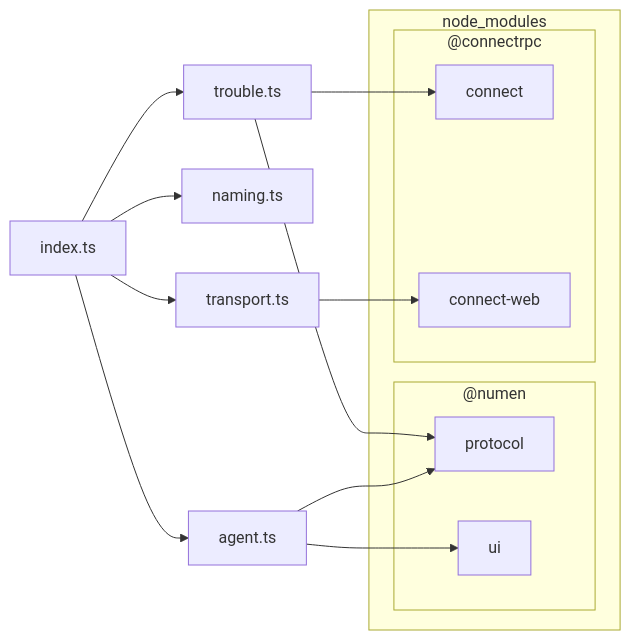
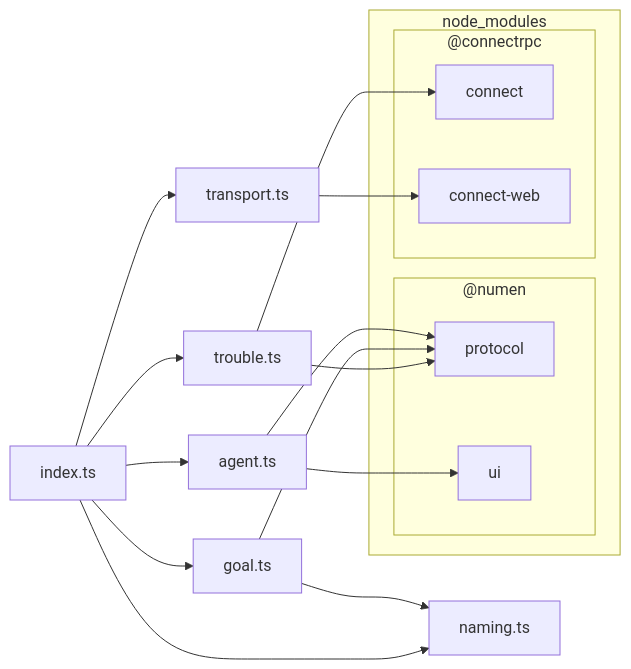
One commit to jiva-studio/numen changed the second of 5 diagrams in docs/dependencies.md. Above: the diagram before and after it, drawn with Mermaid. The commit also changed other lines of this file, not shown here.

````diff
--- a/docs/dependencies.md
+++ b/docs/dependencies.md
@@ -362,28 +363,32 @@
 ```mermaid
 flowchart LR
 
 subgraph 2["node_modules"]
 subgraph 3["@connectrpc"]
 4["connect"]
 5["connect-web"]
 end
 subgraph 6["@numen"]
 7["protocol"]
 8["ui"]
 end
 end
 9["agent.ts"]
-A["index.ts"]
-B["naming.ts"]
-C["transport.ts"]
-D["trouble.ts"]
+A["goal.ts"]
+B["index.ts"]
+C["naming.ts"]
+D["transport.ts"]
+E["trouble.ts"]
 9-->7
 9-->8
-A-->9
-A-->B
+A-->7
 A-->C
-A-->D
-C-->5
-D-->4
-D-->7
+B-->9
+B-->A
+B-->C
+B-->D
+B-->E
+D-->5
+E-->4
+E-->7
 ```
````
